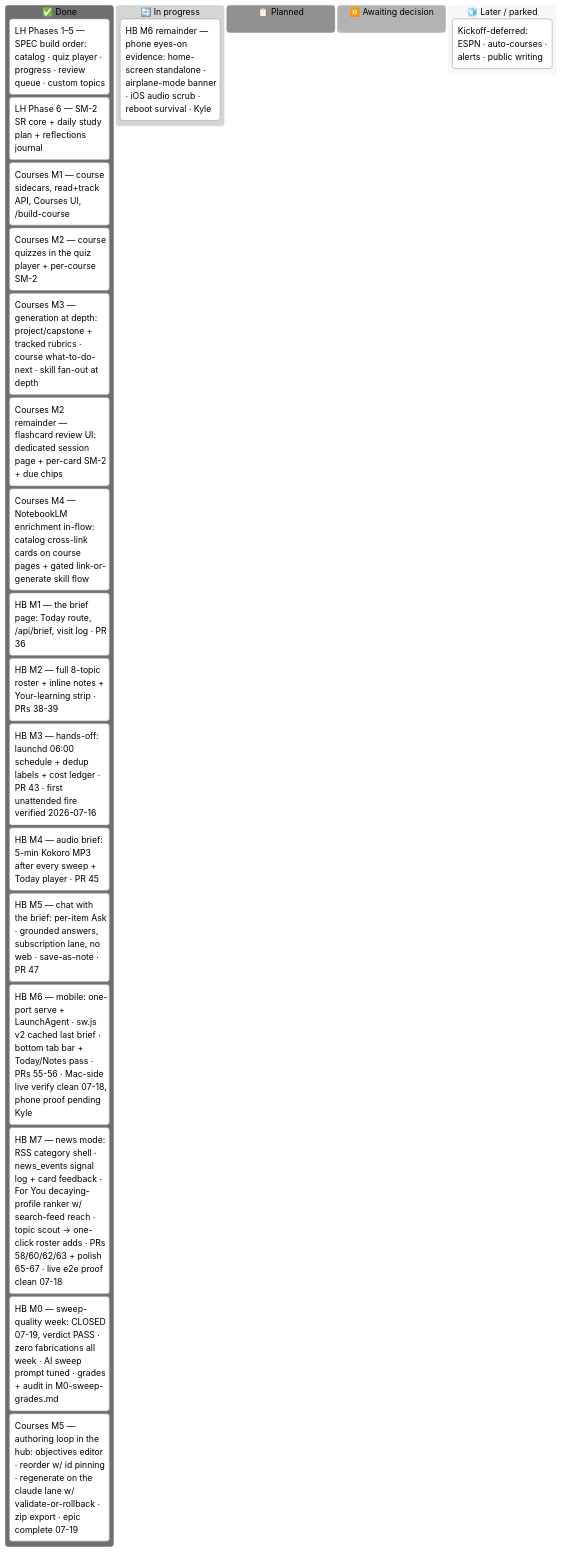
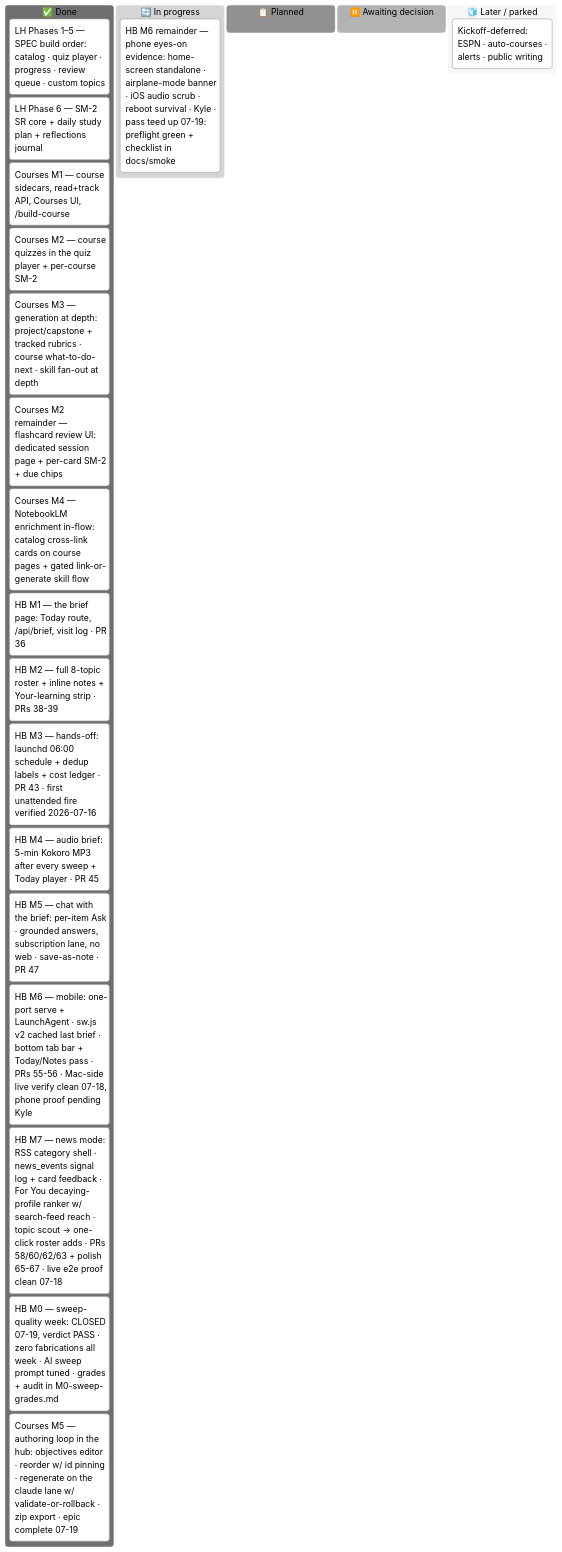
One commit to ksdisch/home-base changed the diagram in docs/MASTER_PLAN.md. Above: the diagram before and after it, drawn with Mermaid (neutral theme). The commit also changed other lines of this file and 1 other file, not shown here.

Commit message:
docs(smoke): tee up M6 phone eyes-on pass — preflight green, checklist ready
Server-side preflight (this session, all green): com.homebase.server running
(keepalive|runatload), ts.net / 200 + /api/health ok, manifest standalone
'Home Base', sw.js v2 served, audio Range bytes=0-1023 -> 206 on today's
(2026-07-19) 4.4MB brief MP3, iPhone present on the tailnet. frontend/dist was
stale vs today's M5-UI commit -> rebuilt via make build and confirmed served
over ts.net (index-XAUx0jzW.js).

docs/smoke/2026-07-19-m6-phone-eyes-on.md: ordered do-this-see-that checklist
for the four Kyle-only checks (home-screen standalone, airplane-mode Offline
copy banner, iOS audio scrub w/ server-log 206 corroboration, reboot survival
as deferred evidence). Boxes stay unticked until Kyle's real pass; evidence
lines land in a follow-up commit on this branch.

MASTER_PLAN: hbm6proof card + M6 remainder note now point at the checklist.

````diff
--- a/docs/MASTER_PLAN.md
+++ b/docs/MASTER_PLAN.md
@@ -42,26 +42,26 @@
 ```mermaid
 kanban
   done["✅ Done"]
     lh15["LH Phases 1–5 — SPEC build order: catalog · quiz player · progress · review queue · custom topics"]
     lh6["LH Phase 6 — SM-2 SR core + daily study plan + reflections journal"]
     lh7["Courses M1 — course sidecars, read+track API, Courses UI, /build-course"]
     lh7m2["Courses M2 — course quizzes in the quiz player + per-course SM-2"]
     lh7m3["Courses M3 — generation at depth: project/capstone + tracked rubrics · course what-to-do-next · skill fan-out at depth"]
     lh7fc["Courses M2 remainder — flashcard review UI: dedicated session page + per-card SM-2 + due chips"]
     lh7m4["Courses M4 — NotebookLM enrichment in-flow: catalog cross-link cards on course pages + gated link-or-generate skill flow"]
     hbm1["HB M1 — the brief page: Today route, /api/brief, visit log · PR 36"]
     hbm2["HB M2 — full 8-topic roster + inline notes + Your-learning strip · PRs 38-39"]
     hbm3["HB M3 — hands-off: launchd 06:00 schedule + dedup labels + cost ledger · PR 43 · first unattended fire verified 2026-07-16"]
     hbm4["HB M4 — audio brief: 5-min Kokoro MP3 after every sweep + Today player · PR 45"]
     hbm5["HB M5 — chat with the brief: per-item Ask · grounded answers, subscription lane, no web · save-as-note · PR 47"]
     hbm6["HB M6 — mobile: one-port serve + LaunchAgent · sw.js v2 cached last brief · bottom tab bar + Today/Notes pass · PRs 55-56 · Mac-side live verify clean 07-18, phone proof pending Kyle"]
     hbm7["HB M7 — news mode: RSS category shell · news_events signal log + card feedback · For You decaying-profile ranker w/ search-feed reach · topic scout → one-click roster adds · PRs 58/60/62/63 + polish 65-67 · live e2e proof clean 07-18"]
     hbm0["HB M0 — sweep-quality week: CLOSED 07-19, verdict PASS · zero fabrications all week · AI sweep prompt tuned · grades + audit in M0-sweep-grades.md"]
     cm5["Courses M5 — authoring loop in the hub: objectives editor · reorder w/ id pinning · regenerate on the claude lane w/ validate-or-rollback · zip export · epic complete 07-19"]
   doing["🔄 In progress"]
-    hbm6proof["HB M6 remainder — phone eyes-on evidence: home-screen standalone · airplane-mode banner · iOS audio scrub · reboot survival · Kyle"]
+    hbm6proof["HB M6 remainder — phone eyes-on evidence: home-screen standalone · airplane-mode banner · iOS audio scrub · reboot survival · Kyle · pass teed up 07-19: preflight green + checklist in docs/smoke"]
   next["📋 Planned"]
   decide["⏸️ Awaiting decision"]
   later["🧊 Later / parked"]
     defer["Kickoff-deferred: ESPN · auto-courses · alerts · public writing"]
 ```
````
